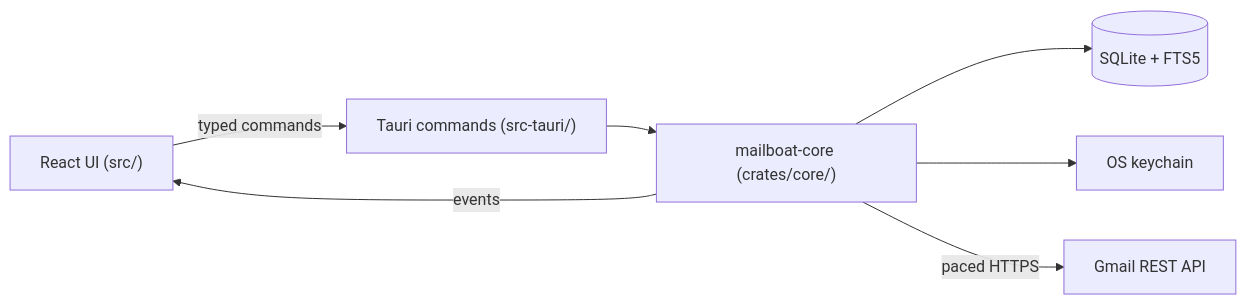
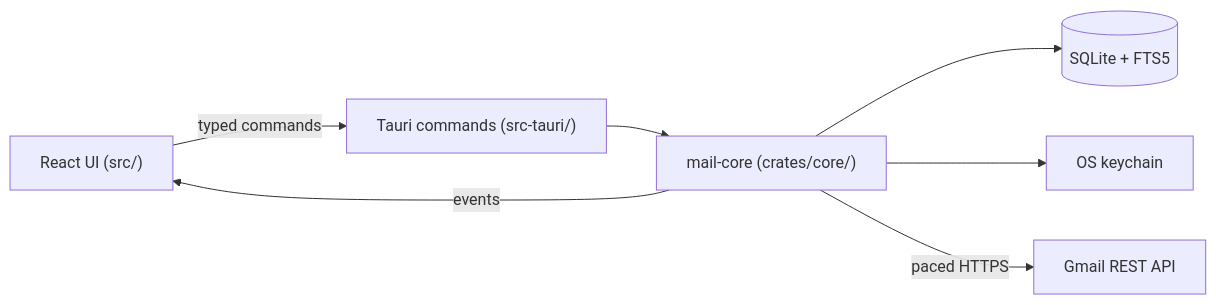
One commit to nwoolls/mailboat changed the first of 5 diagrams in docs/ARCHITECTURE.md. Above: the diagram before and after it, drawn with Mermaid. The commit also changed other lines of this file and 42 other files, not shown here.

````diff
--- a/docs/ARCHITECTURE.md
+++ b/docs/ARCHITECTURE.md
@@ -9,9 +9,9 @@
 ```mermaid
 flowchart LR
   UI["React UI (src/)"] -->|"typed commands"| CMD["Tauri commands (src-tauri/)"]
-  CMD --> CORE["mailboat-core (crates/core/)"]
+  CMD --> CORE["mail-core (crates/core/)"]
   CORE --> DB[("SQLite + FTS5")]
   CORE --> KC["OS keychain"]
   CORE -->|"paced HTTPS"| G["Gmail REST API"]
   CORE -->|"events"| UI
 ```
````
